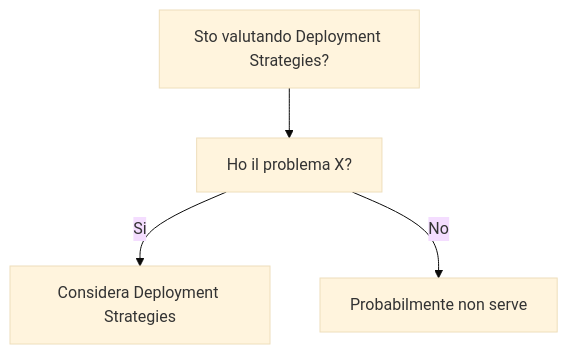
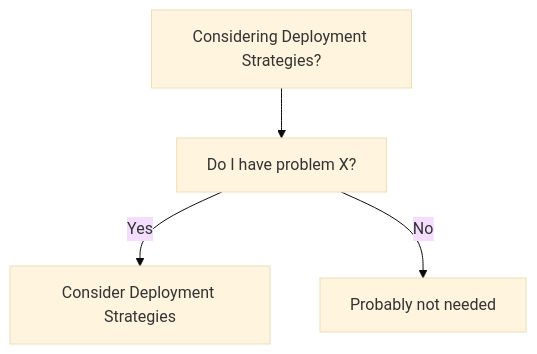
One commit to HxT9/Software-Dev-Wiki changed the diagram in dev-wiki/10_DevOps/Deployment_Strategies/When_To_Use.md. Above: the diagram before and after it, drawn with Mermaid (base theme). The commit also changed other lines of this file and 3444 other files, not shown here.

````diff
--- a/dev-wiki/10_DevOps/Deployment_Strategies/When_To_Use.md
+++ b/dev-wiki/10_DevOps/Deployment_Strategies/When_To_Use.md
@@ -19,6 +19,6 @@
 ```mermaid
 flowchart TD
-  Q[Sto valutando Deployment Strategies?] --> Q1[Ho il problema X?]
-  Q1 -->|Si| OK[Considera Deployment Strategies]
-  Q1 -->|No| NO[Probabilmente non serve]
+  Q[Considering Deployment Strategies?] --> Q1[Do I have problem X?]
+  Q1 -->|Yes| OK[Consider Deployment Strategies]
+  Q1 -->|No| NO[Probably not needed]
 ```
````
